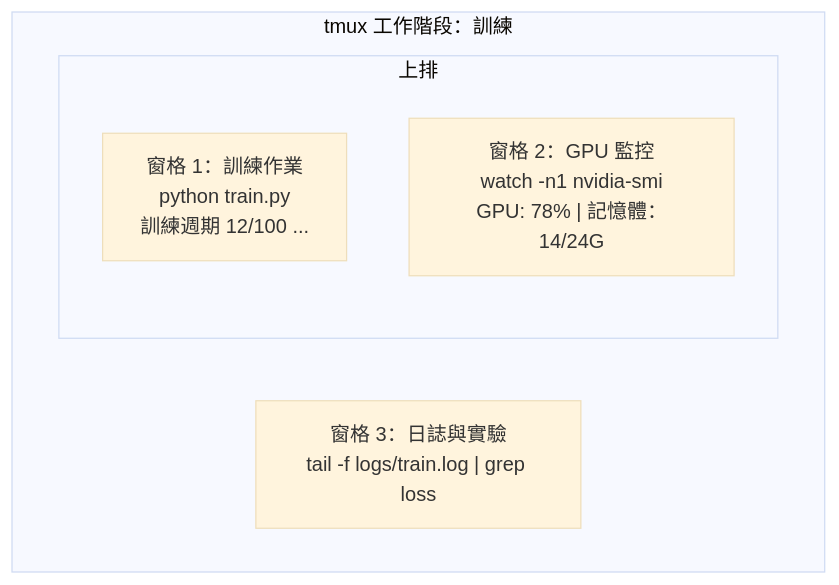
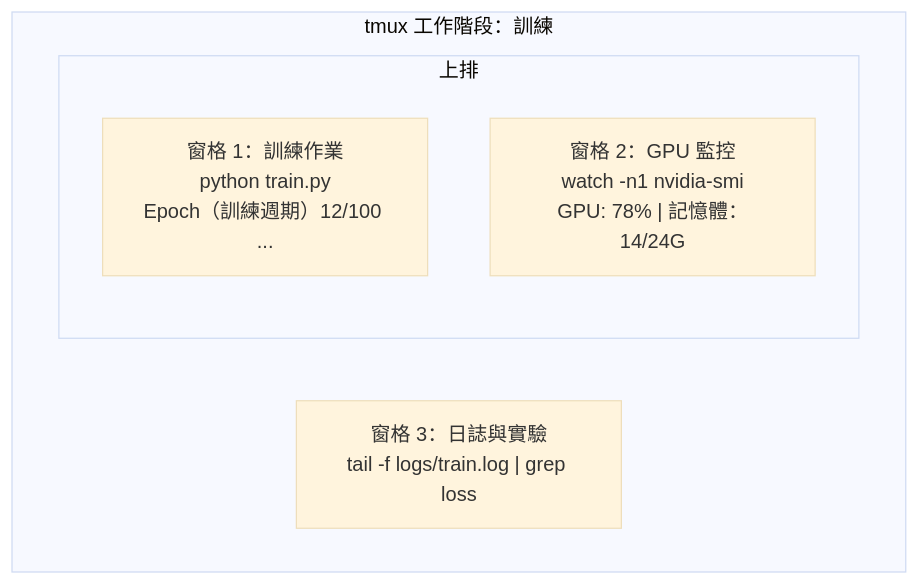
Before and after one commit to edward821220/ai-engineering-from-scratch: the diagram in i18n/zh-TW/phases/00-setup-and-tooling/10-terminal-and-shell/docs/zh-TW.md, drawn with Mermaid (base theme). The commit also changed 6 other files, not shown here.

````diff
--- a/i18n/zh-TW/phases/00-setup-and-tooling/10-terminal-and-shell/docs/zh-TW.md
+++ b/i18n/zh-TW/phases/00-setup-and-tooling/10-terminal-and-shell/docs/zh-TW.md
@@ -25,10 +25,10 @@
 ```mermaid
 graph TD
     subgraph tmux["tmux 工作階段：訓練"]
         subgraph top["上排"]
-            P1["窗格 1：訓練作業<br/>python train.py<br/>訓練週期 12/100 ..."]
+            P1["窗格 1：訓練作業<br/>python train.py<br/>Epoch（訓練週期）12/100 ..."]
             P2["窗格 2：GPU 監控<br/>watch -n1 nvidia-smi<br/>GPU: 78% | 記憶體：14/24G"]
         end
         P3["窗格 3：日誌與實驗<br/>tail -f logs/train.log | grep loss"]
     end
 ```
````
